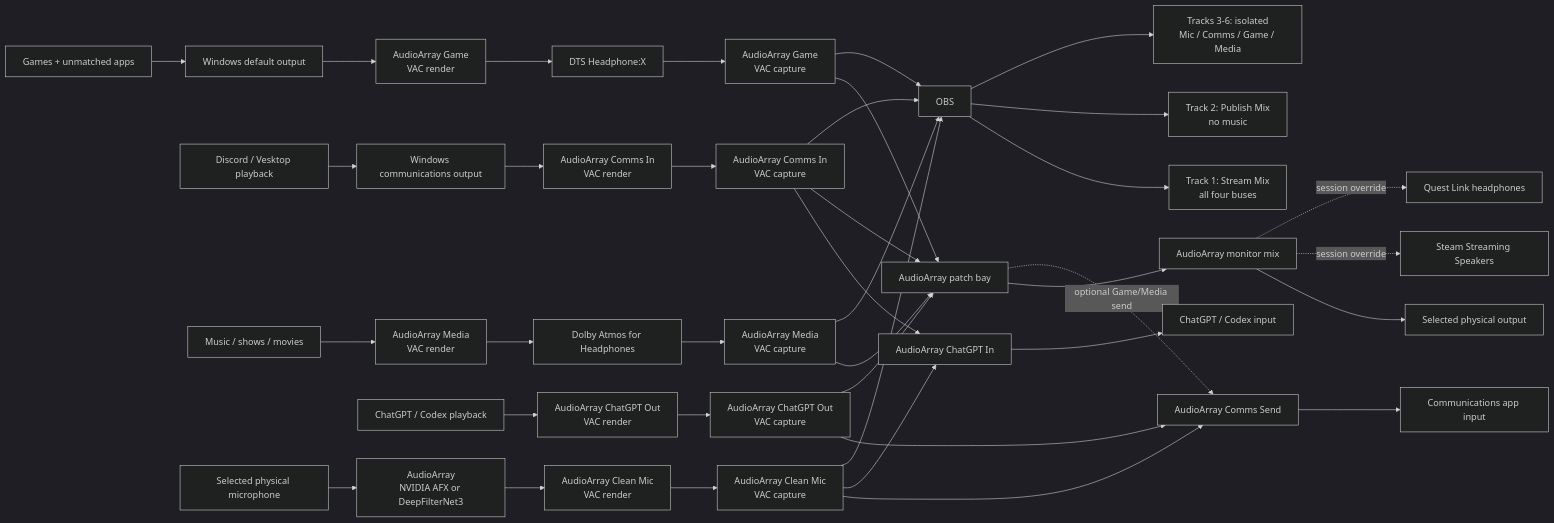
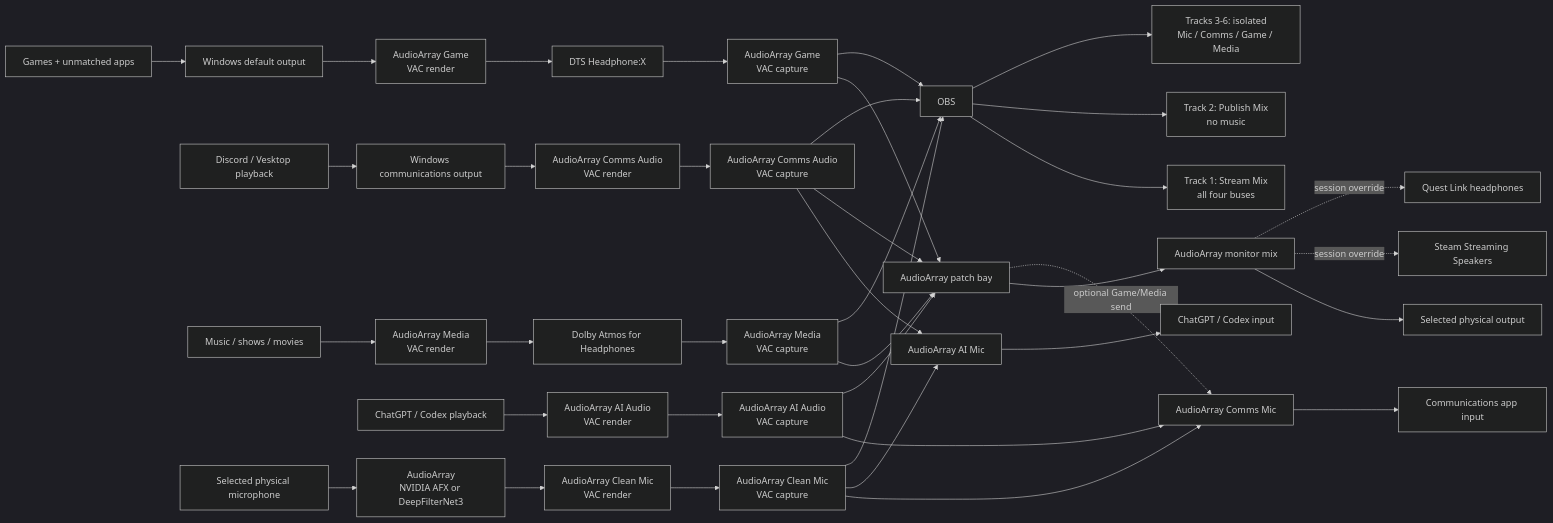
The diagram in packages/audioarray/README.md (AlexAllocated/.dotfiles), drawn with Mermaid (dark theme) before and after one commit. The commit also changed other lines of this file and 12 other files, not shown here.

Commit message:
feat: clarify AudioArray conversation device names

````diff
--- a/packages/audioarray/README.md
+++ b/packages/audioarray/README.md
@@ -122,46 +132,46 @@
 ```mermaid
 flowchart LR
    games[Games + unmatched apps] --> gameOut[Windows default output]
    gameOut --> gameRender[AudioArray Game<br/>VAC render]
    gameRender --> dts[DTS Headphone:X]
    dts --> gameCapture[AudioArray Game<br/>VAC capture]
 
    chat[Discord / Vesktop playback] --> commsOut[Windows communications output]
-   commsOut --> commsRender[AudioArray Comms In<br/>VAC render]
-   commsRender --> commsCapture[AudioArray Comms In<br/>VAC capture]
+   commsOut --> commsRender[AudioArray Comms Audio<br/>VAC render]
+   commsRender --> commsCapture[AudioArray Comms Audio<br/>VAC capture]
 
    spotify[Music / shows / movies] --> musicRender[AudioArray Media<br/>VAC render]
    musicRender --> atmos[Dolby Atmos for Headphones]
    atmos --> musicCapture[AudioArray Media<br/>VAC capture]
 
-   voiceAi[ChatGPT / Codex playback] --> chatgptRender[AudioArray ChatGPT Out<br/>VAC render]
-   chatgptRender --> chatgptCapture[AudioArray ChatGPT Out<br/>VAC capture]
+   voiceAi[ChatGPT / Codex playback] --> chatgptRender[AudioArray AI Audio<br/>VAC render]
+   chatgptRender --> chatgptCapture[AudioArray AI Audio<br/>VAC capture]
 
    mic[Selected physical microphone] --> denoise[AudioArray<br/>NVIDIA AFX or DeepFilterNet3]
    denoise --> micRender[AudioArray Clean Mic<br/>VAC render]
    micRender --> micCapture[AudioArray Clean Mic<br/>VAC capture]
-   micCapture --> commsSend[AudioArray Comms Send]
+   micCapture --> commsSend[AudioArray Comms Mic]
    chatgptCapture --> commsSend
    commsSend --> chatInput[Communications app input]
-   micCapture --> aiSend[AudioArray ChatGPT In]
+   micCapture --> aiSend[AudioArray AI Mic]
    commsCapture --> aiSend
    aiSend --> aiInput[ChatGPT / Codex input]
 
    gameCapture --> patchbay[AudioArray patch bay]
    commsCapture --> patchbay
    musicCapture --> patchbay
    chatgptCapture --> patchbay
    patchbay --> monitor[AudioArray monitor mix]
    patchbay -. optional Game/Media send .-> commsSend
    monitor --> localOutput[Selected physical output]
    monitor -. session override .-> moonlight[Steam Streaming Speakers]
    monitor -. session override .-> quest[Quest Link headphones]
 
    gameCapture --> obs[OBS]
    commsCapture --> obs
    musicCapture --> obs
    micCapture --> obs
    obs --> stream[Track 1: Stream Mix<br/>all four buses]
    obs --> publish[Track 2: Publish Mix<br/>no music]
    obs --> stems[Tracks 3-6: isolated<br/>Mic / Comms / Game / Media]
 ```
````
